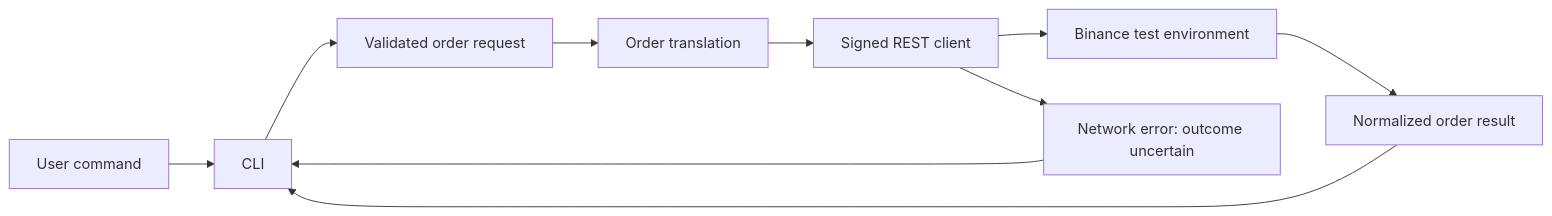
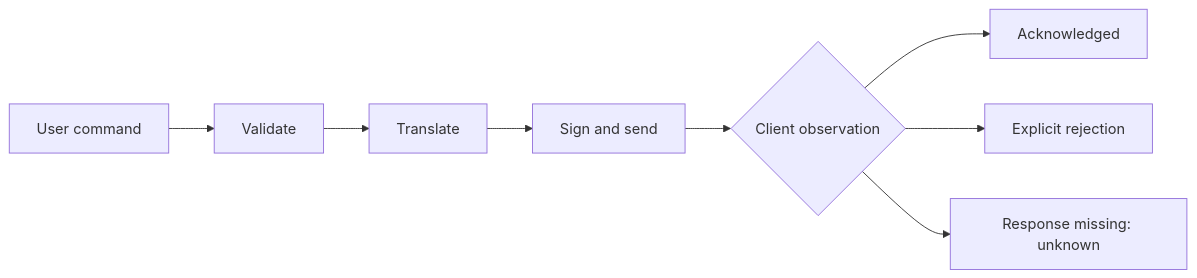
One commit to rockstar5656/rockstar5656 changed the diagram in README.md. Above: the diagram before and after it, drawn with Mermaid. The commit also changed other lines of this file and 17 other files, not shown here.

````diff
--- a/README.md
+++ b/README.md
@@ -34,12 +39,10 @@
 ```mermaid
 flowchart LR
-    A[User command] --> B[CLI]
-    B --> C[Validated order request]
-    C --> D[Order translation]
-    D --> E[Signed REST client]
-    E --> F[Binance test environment]
-    F --> G[Normalized order result]
-    G --> B
-    E --> H[Network error: outcome uncertain]
-    H --> B
+    A[User command] --> B[Validate]
+    B --> C[Translate]
+    C --> D[Sign and send]
+    D --> E{Client observation}
+    E --> F[Acknowledged]
+    E --> G[Explicit rejection]
+    E --> H[Response missing: unknown]
 ```
````
